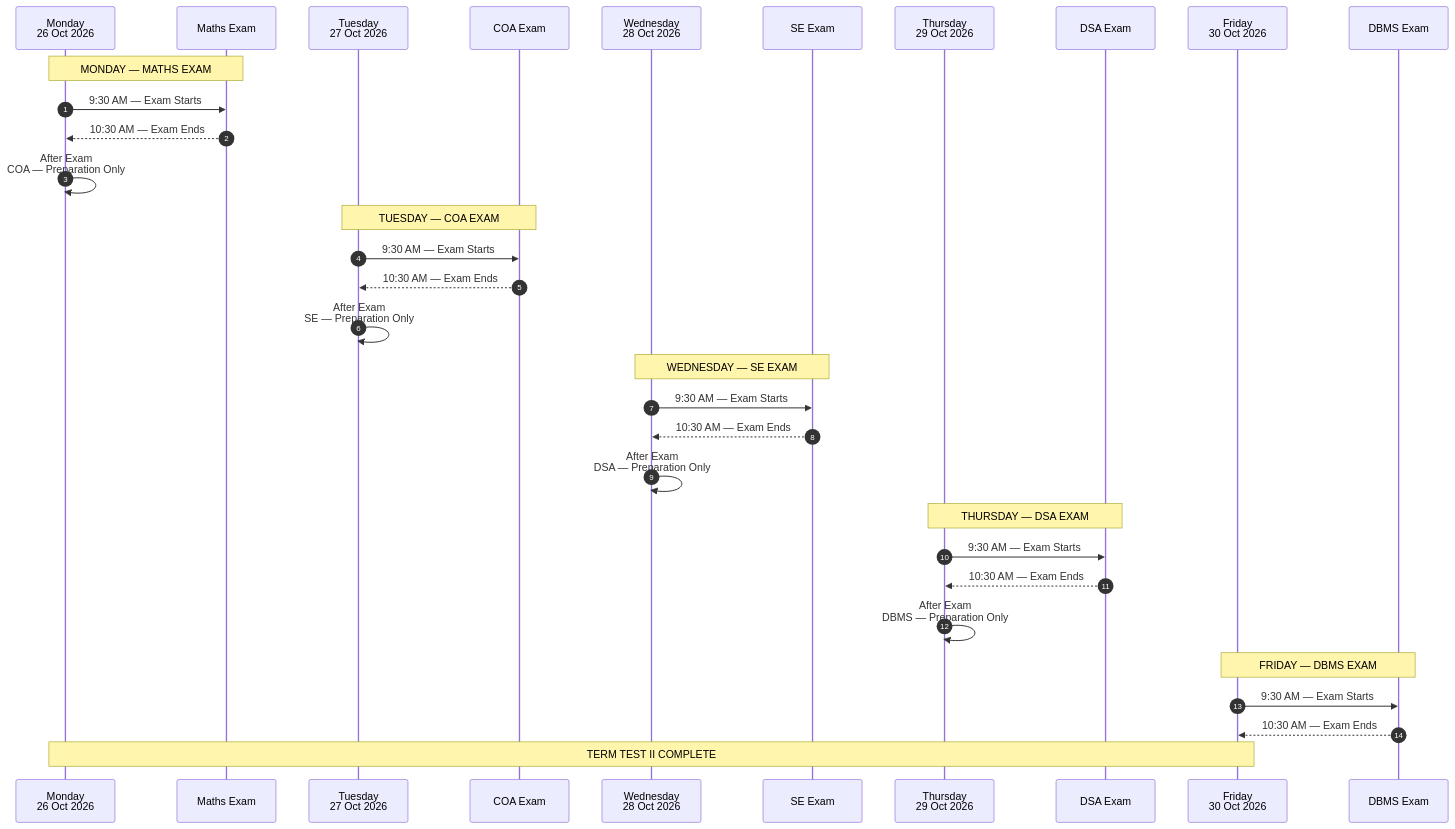
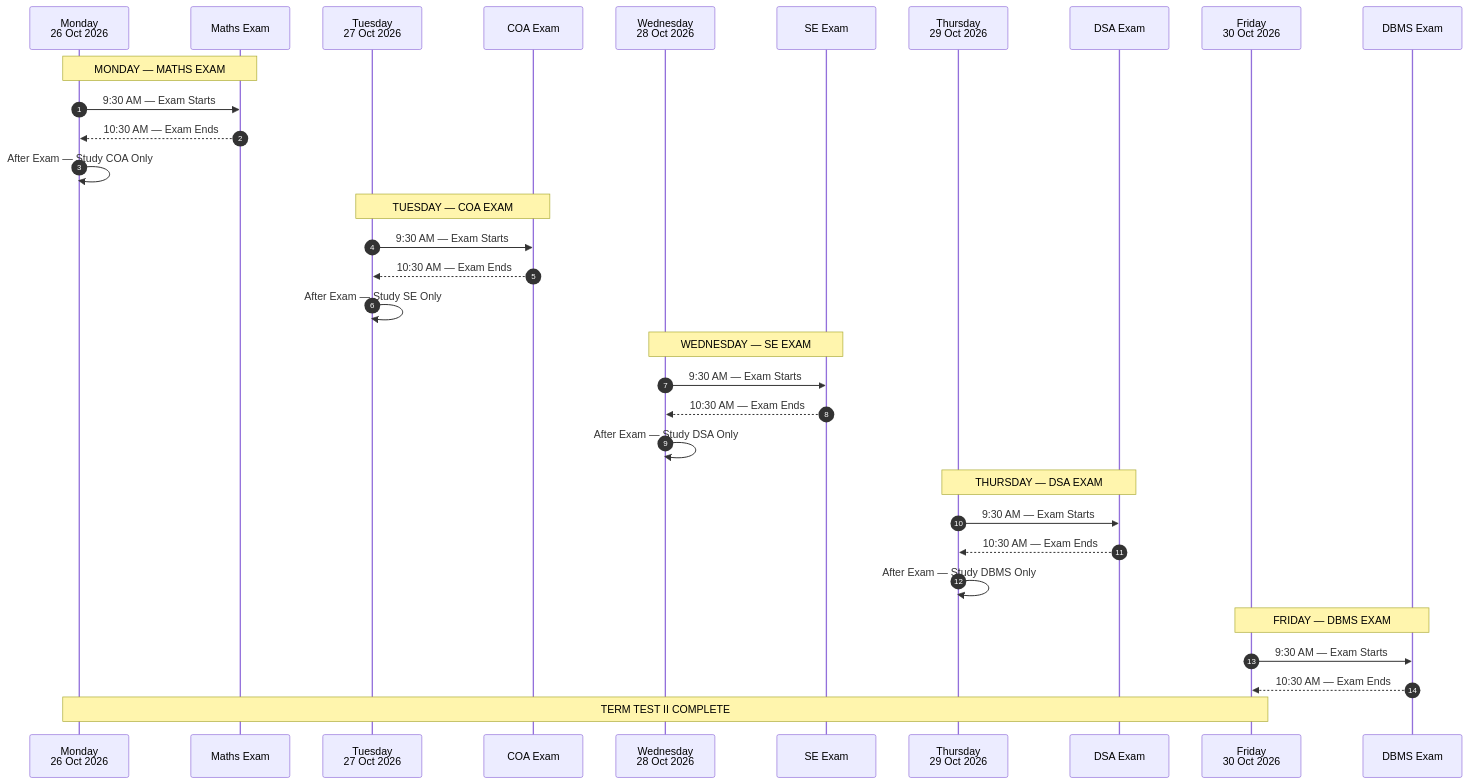
One commit to P7XCKD/NF changed the second of 2 diagrams in Notes Factory/sem 3/Exam/PT 2 Study Schedule.md. Above: the diagram before and after it, drawn with Mermaid. The commit also changed other lines of this file, not shown here.

Commit message:
create/update 'PT 2 Study Schedule.md' file

````diff
--- a/Notes Factory/sem 3/Exam/PT 2 Study Schedule.md
+++ b/Notes Factory/sem 3/Exam/PT 2 Study Schedule.md
@@ -48,46 +38,46 @@
 ```mermaid
 sequenceDiagram
     autonumber
 
     participant MON as Monday<br/>26 Oct 2026
     participant MATHS as Maths Exam
     participant TUE as Tuesday<br/>27 Oct 2026
     participant COA as COA Exam
     participant WED as Wednesday<br/>28 Oct 2026
     participant SE as SE Exam
     participant THU as Thursday<br/>29 Oct 2026
     participant DSA as DSA Exam
     participant FRI as Friday<br/>30 Oct 2026
     participant DBMS as DBMS Exam
 
     Note over MON,MATHS: MONDAY — MATHS EXAM
 
     MON->>MATHS: 9:30 AM — Exam Starts
     MATHS-->>MON: 10:30 AM — Exam Ends
-    MON->>MON: After Exam<br/>COA — Preparation Only
+    MON->>MON: After Exam — Study COA Only
 
     Note over TUE,COA: TUESDAY — COA EXAM
 
     TUE->>COA: 9:30 AM — Exam Starts
     COA-->>TUE: 10:30 AM — Exam Ends
-    TUE->>TUE: After Exam<br/>SE — Preparation Only
+    TUE->>TUE: After Exam — Study SE Only
 
     Note over WED,SE: WEDNESDAY — SE EXAM
 
     WED->>SE: 9:30 AM — Exam Starts
     SE-->>WED: 10:30 AM — Exam Ends
-    WED->>WED: After Exam<br/>DSA — Preparation Only
+    WED->>WED: After Exam — Study DSA Only
 
     Note over THU,DSA: THURSDAY — DSA EXAM
 
     THU->>DSA: 9:30 AM — Exam Starts
     DSA-->>THU: 10:30 AM — Exam Ends
-    THU->>THU: After Exam<br/>DBMS — Preparation Only
+    THU->>THU: After Exam — Study DBMS Only
 
     Note over FRI,DBMS: FRIDAY — DBMS EXAM
 
     FRI->>DBMS: 9:30 AM — Exam Starts
     DBMS-->>FRI: 10:30 AM — Exam Ends
 
     Note over MON,FRI: TERM TEST II COMPLETE
 ```
````
